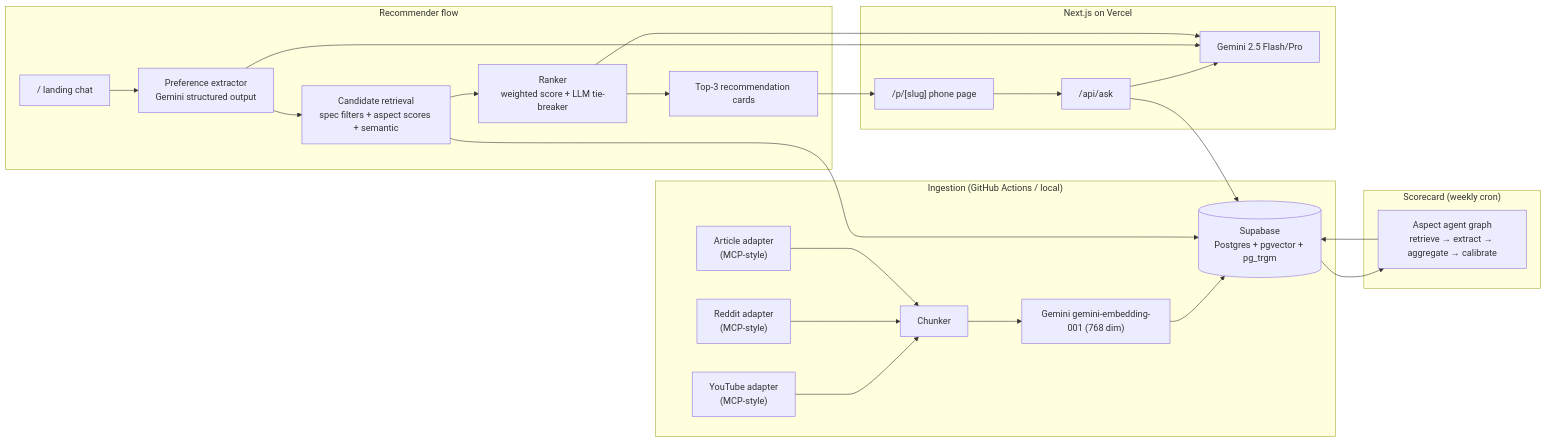
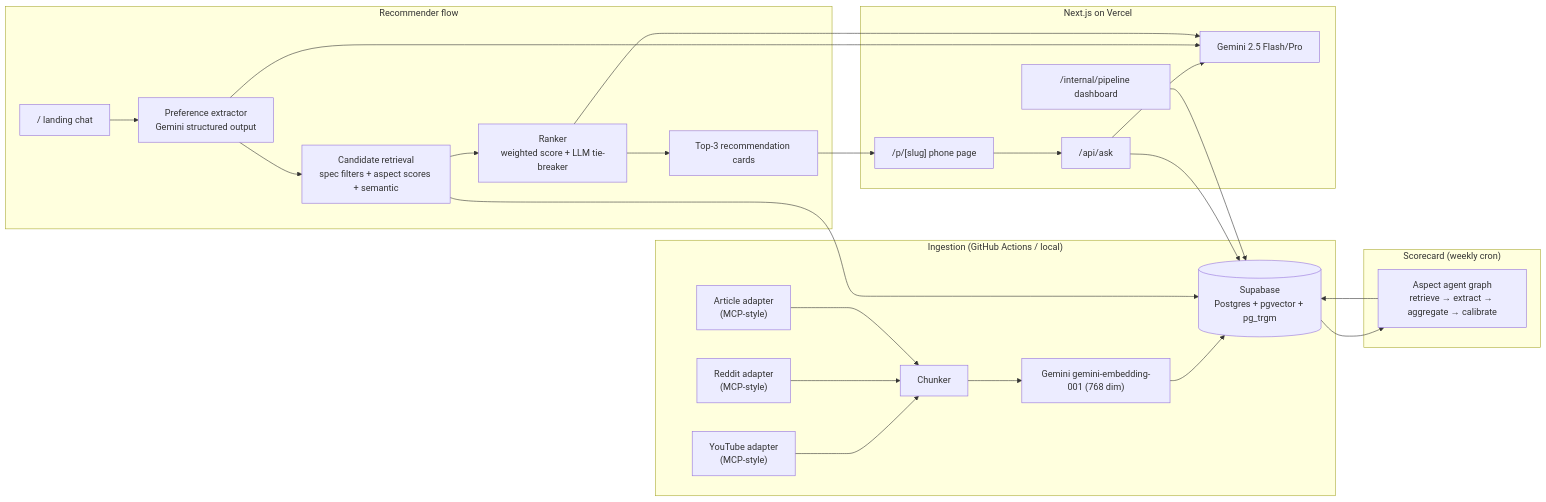
One commit to rohang1411/RECSY changed the diagram in docs/RECSY_V2_PROJECT_CONTEXT.md. Above: the diagram before and after it, drawn with Mermaid. The commit also changed other lines of this file and 1 other file, not shown here.

````diff
--- a/docs/RECSY_V2_PROJECT_CONTEXT.md
+++ b/docs/RECSY_V2_PROJECT_CONTEXT.md
@@ -279,33 +286,34 @@
 ```mermaid
 flowchart LR
   subgraph Ingest["Ingestion (GitHub Actions / local)"]
     YT["YouTube adapter<br/>(MCP-style)"] --> Chunker
     RD["Reddit adapter<br/>(MCP-style)"] --> Chunker
     ART["Article adapter<br/>(MCP-style)"] --> Chunker
     Chunker --> Embedder["Gemini gemini-embedding-001 (768 dim)"]
     Embedder --> PG[("Supabase<br/>Postgres + pgvector + pg_trgm")]
   end
 
   subgraph Batch["Scorecard (weekly cron)"]
     PG --> AgentGraph["Aspect agent graph<br/>retrieve → extract → aggregate → calibrate"]
     AgentGraph --> PG
   end
 
   subgraph Recommend["Recommender flow"]
     UserIntake["/ landing chat"] --> Extractor["Preference extractor<br/>Gemini structured output"]
     Extractor --> Retriever["Candidate retrieval<br/>spec filters + aspect scores + semantic"]
     Retriever --> Ranker["Ranker<br/>weighted score + LLM tie-breaker"]
     Ranker --> RecUI["Top-3 recommendation cards"]
   end
 
   subgraph Serve["Next.js on Vercel"]
     UserIntake
     RecUI --> PhonePage["/p/[slug] phone page"]
     PhonePage --> ChatAPI["/api/ask"]
     ChatAPI --> PG
     ChatAPI --> Gemini["Gemini 2.5 Flash/Pro"]
     Extractor --> Gemini
     Ranker --> Gemini
     Retriever --> PG
+    PipelineDash["/internal/pipeline dashboard"] --> PG
   end
 ```
````
